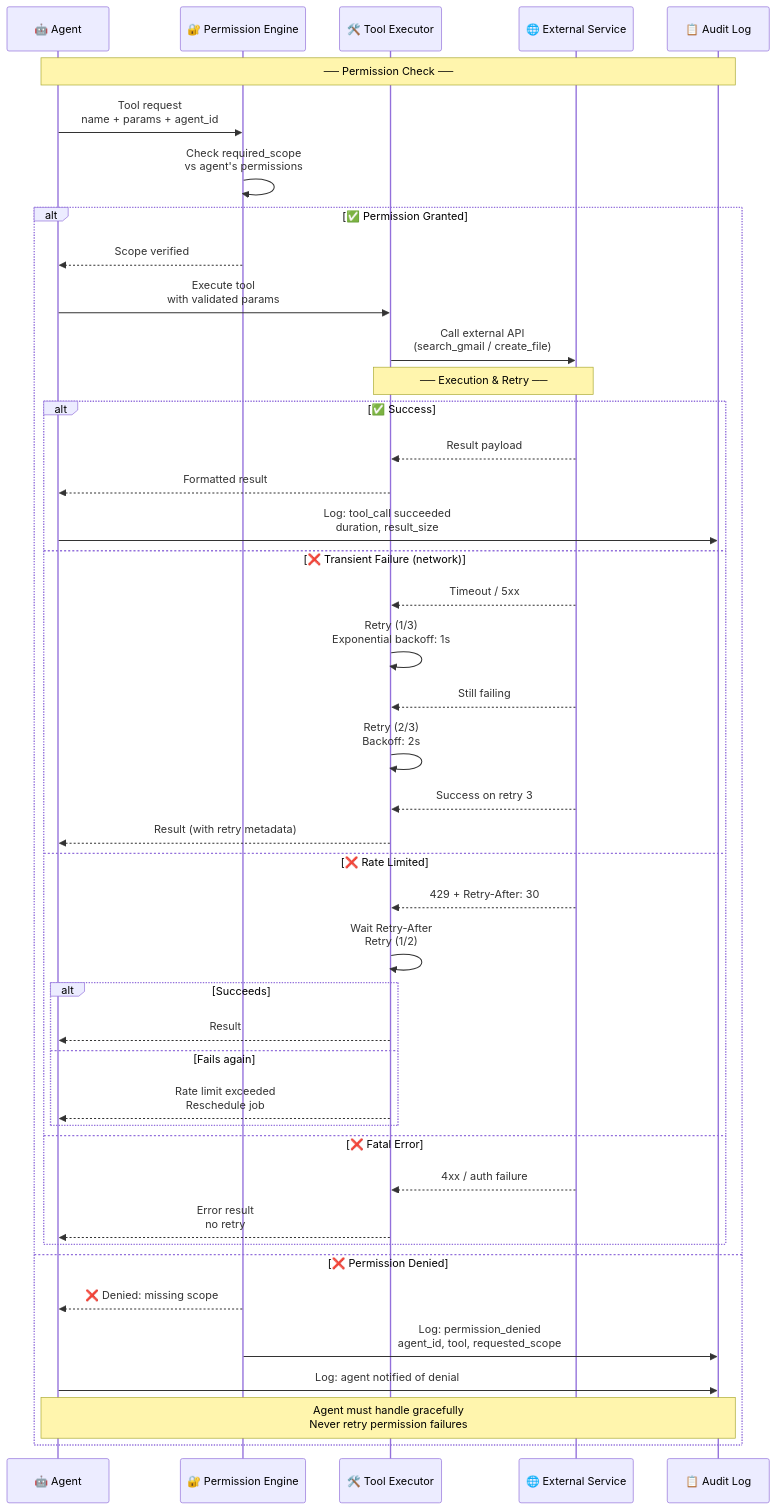
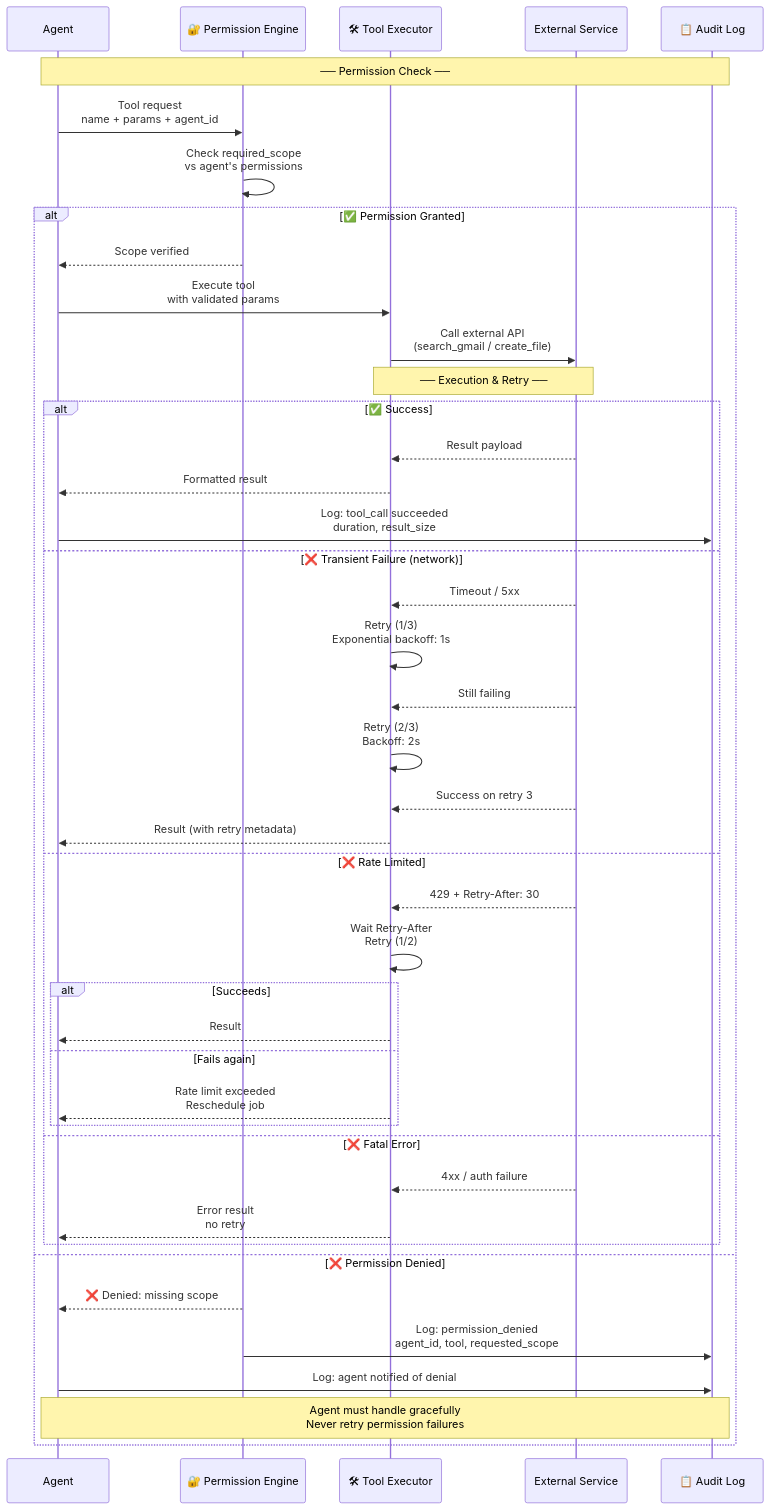
Before and after one commit to Driftloom/Vaeloom: the first of 2 diagrams in docs/ai/Tool-Calling.md, drawn with Mermaid. The commit also changed other lines of this file and 694 other files, not shown here.

First line of the commit message:
docs: mermaid standardization — encoding/mermaid/duplicate cleanup

````diff
--- a/docs/ai/Tool-Calling.md
+++ b/docs/ai/Tool-Calling.md
@@ -42,54 +42,54 @@
 ```mermaid
 sequenceDiagram
-    participant AG as 🤖 Agent
-    participant PERM as 🔐 Permission Engine
-    participant TOOL as 🛠️ Tool Executor
-    participant EXT as 🌐 External Service
-    participant LOG as 📋 Audit Log
+ participant AG as Agent
+ participant PERM as 🔐 Permission Engine
+ participant TOOL as 🛠 Tool Executor
+ participant EXT as External Service
+ participant LOG as 📋 Audit Log
 
-    Note over AG,LOG: ── Permission Check ──
+ Note over AG,LOG: ── Permission Check ──
 
-    AG->>PERM: Tool request<br/>name + params + agent_id
-    PERM->>PERM: Check required_scope<br/>vs agent's permissions
+ AG->>PERM: Tool request<br/>name + params + agent_id
+ PERM->>PERM: Check required_scope<br/>vs agent's permissions
 
-    alt ✅ Permission Granted
-        PERM-->>AG: Scope verified
-        AG->>TOOL: Execute tool<br/>with validated params
-        TOOL->>EXT: Call external API<br/>(search_gmail / create_file)
+ alt ✅ Permission Granted
+ PERM-->>AG: Scope verified
+ AG->>TOOL: Execute tool<br/>with validated params
+ TOOL->>EXT: Call external API<br/>(search_gmail / create_file)
 
-        Note over TOOL,EXT: ── Execution & Retry ──
+ Note over TOOL,EXT: ── Execution & Retry ──
 
-        alt ✅ Success
-            EXT-->>TOOL: Result payload
-            TOOL-->>AG: Formatted result
-            AG->>LOG: Log: tool_call succeeded<br/>duration, result_size
+ alt ✅ Success
+ EXT-->>TOOL: Result payload
+ TOOL-->>AG: Formatted result
+ AG->>LOG: Log: tool_call succeeded<br/>duration, result_size
 
-        else ❌ Transient Failure (network)
-            EXT-->>TOOL: Timeout / 5xx
-            TOOL->>TOOL: Retry (1/3)<br/>Exponential backoff: 1s
-            EXT-->>TOOL: Still failing
-            TOOL->>TOOL: Retry (2/3)<br/>Backoff: 2s
-            EXT-->>TOOL: Success on retry 3
-            TOOL-->>AG: Result (with retry metadata)
+ else ❌ Transient Failure (network)
+ EXT-->>TOOL: Timeout / 5xx
+ TOOL->>TOOL: Retry (1/3)<br/>Exponential backoff: 1s
+ EXT-->>TOOL: Still failing
+ TOOL->>TOOL: Retry (2/3)<br/>Backoff: 2s
+ EXT-->>TOOL: Success on retry 3
+ TOOL-->>AG: Result (with retry metadata)
 
-        else ❌ Rate Limited
-            EXT-->>TOOL: 429 + Retry-After: 30
-            TOOL->>TOOL: Wait Retry-After<br/>Retry (1/2)
-            alt Succeeds
-                TOOL-->>AG: Result
-            else Fails again
-                TOOL-->>AG: Rate limit exceeded<br/>Reschedule job
-            end
+ else ❌ Rate Limited
+ EXT-->>TOOL: 429 + Retry-After: 30
+ TOOL->>TOOL: Wait Retry-After<br/>Retry (1/2)
+ alt Succeeds
+ TOOL-->>AG: Result
+ else Fails again
+ TOOL-->>AG: Rate limit exceeded<br/>Reschedule job
+ end
 
-        else ❌ Fatal Error
-            EXT-->>TOOL: 4xx / auth failure
-            TOOL-->>AG: Error result<br/>no retry
-        end
+ else ❌ Fatal Error
+ EXT-->>TOOL: 4xx / auth failure
+ TOOL-->>AG: Error result<br/>no retry
+ end
 
-    else ❌ Permission Denied
-        PERM-->>AG: ❌ Denied: missing scope
-        PERM->>LOG: Log: permission_denied<br/>agent_id, tool, requested_scope
-        AG->>LOG: Log: agent notified of denial
-        Note over AG,LOG: Agent must handle gracefully<br/>Never retry permission failures
-    end
+ else ❌ Permission Denied
+ PERM-->>AG: ❌ Denied: missing scope
+ PERM->>LOG: Log: permission_denied<br/>agent_id, tool, requested_scope
+ AG->>LOG: Log: agent notified of denial
+ Note over AG,LOG: Agent must handle gracefully<br/>Never retry permission failures
+ end
 ```
````
